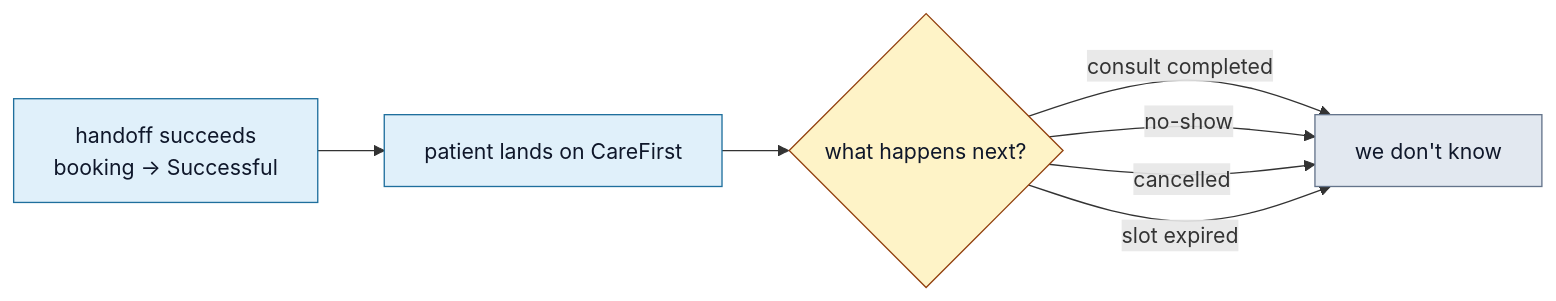
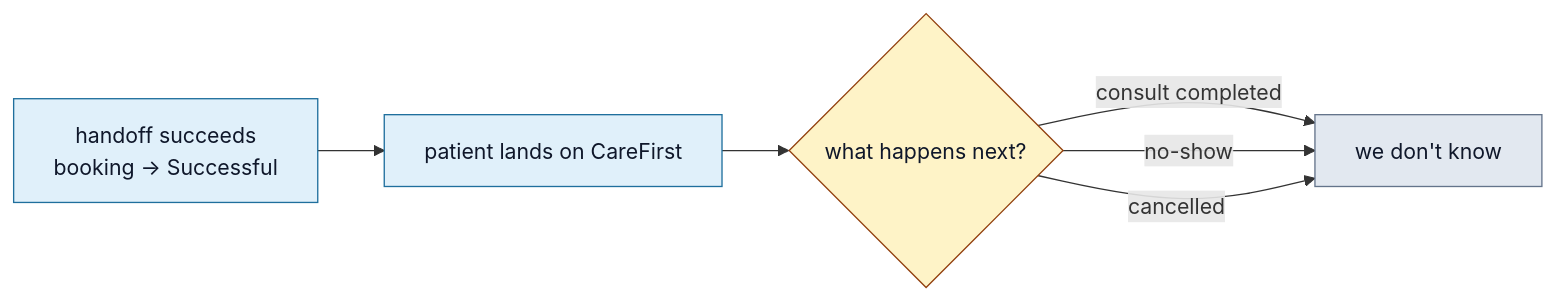
The diagram in booking-app/content/reports/consultation-outcome-webhook.mdx (LuckyDaWizard/3rd-Party-Booking-System), drawn with Mermaid before and after one commit. The commit also changed other lines of this file and 20 other files, not shown here.

````diff
--- a/booking-app/content/reports/consultation-outcome-webhook.mdx
+++ b/booking-app/content/reports/consultation-outcome-webhook.mdx
@@ -37,16 +36,15 @@
 ```mermaid
 flowchart LR
     A[handoff succeeds<br/>booking → Successful] --> B[patient lands on CareFirst]
     B --> C{what happens next?}
     C -->|consult completed| D[we don't know]
     C -->|no-show| D
     C -->|cancelled| D
-    C -->|slot expired| D
 
     classDef brand fill:#e0f0fa,stroke:#1f6f9d,color:#0f172a;
     classDef warn  fill:#fef3c7,stroke:#92400e,color:#0f172a;
     classDef mute  fill:#e2e8f0,stroke:#64748b,color:#0f172a;
     class A,B brand;
     class C warn;
     class D mute;
 ```
````
